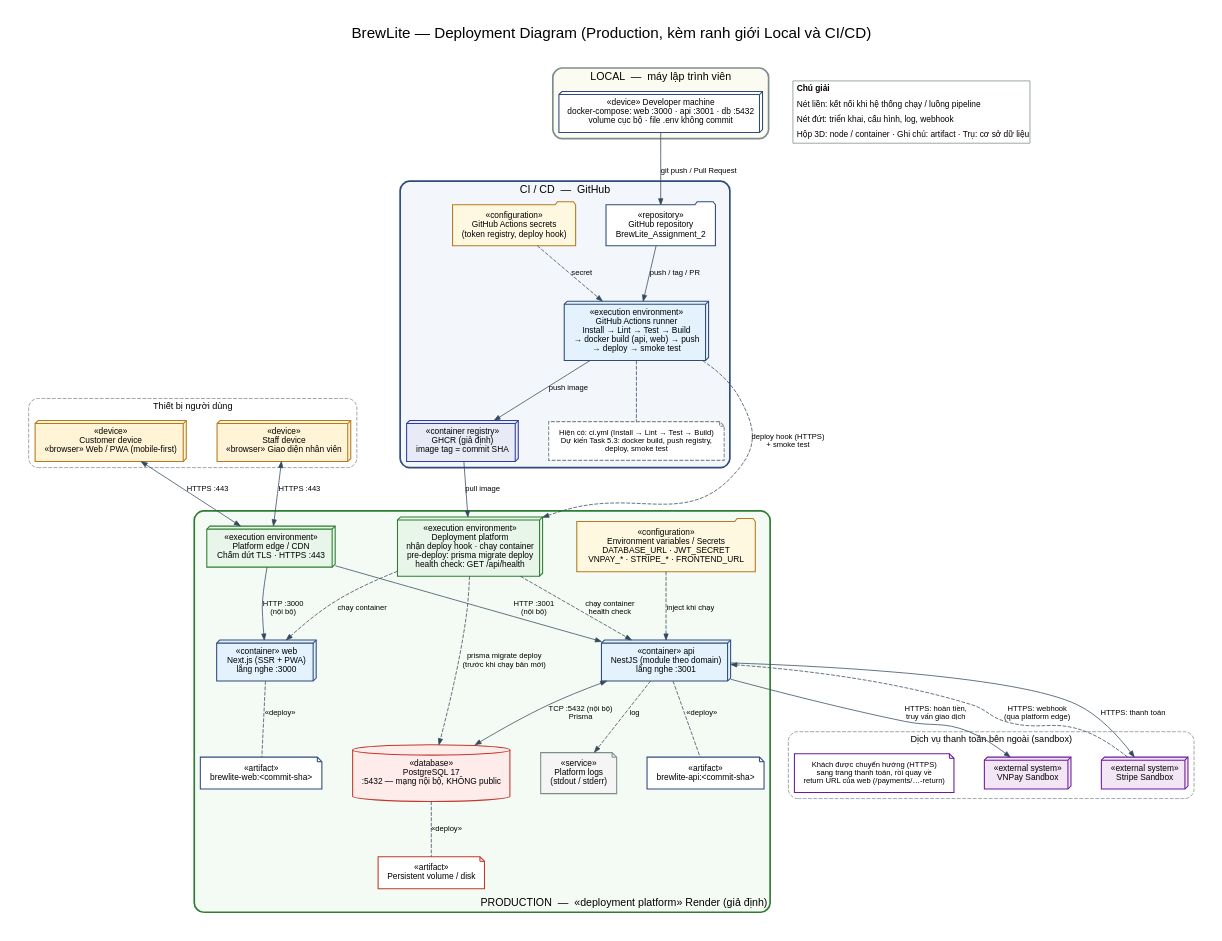
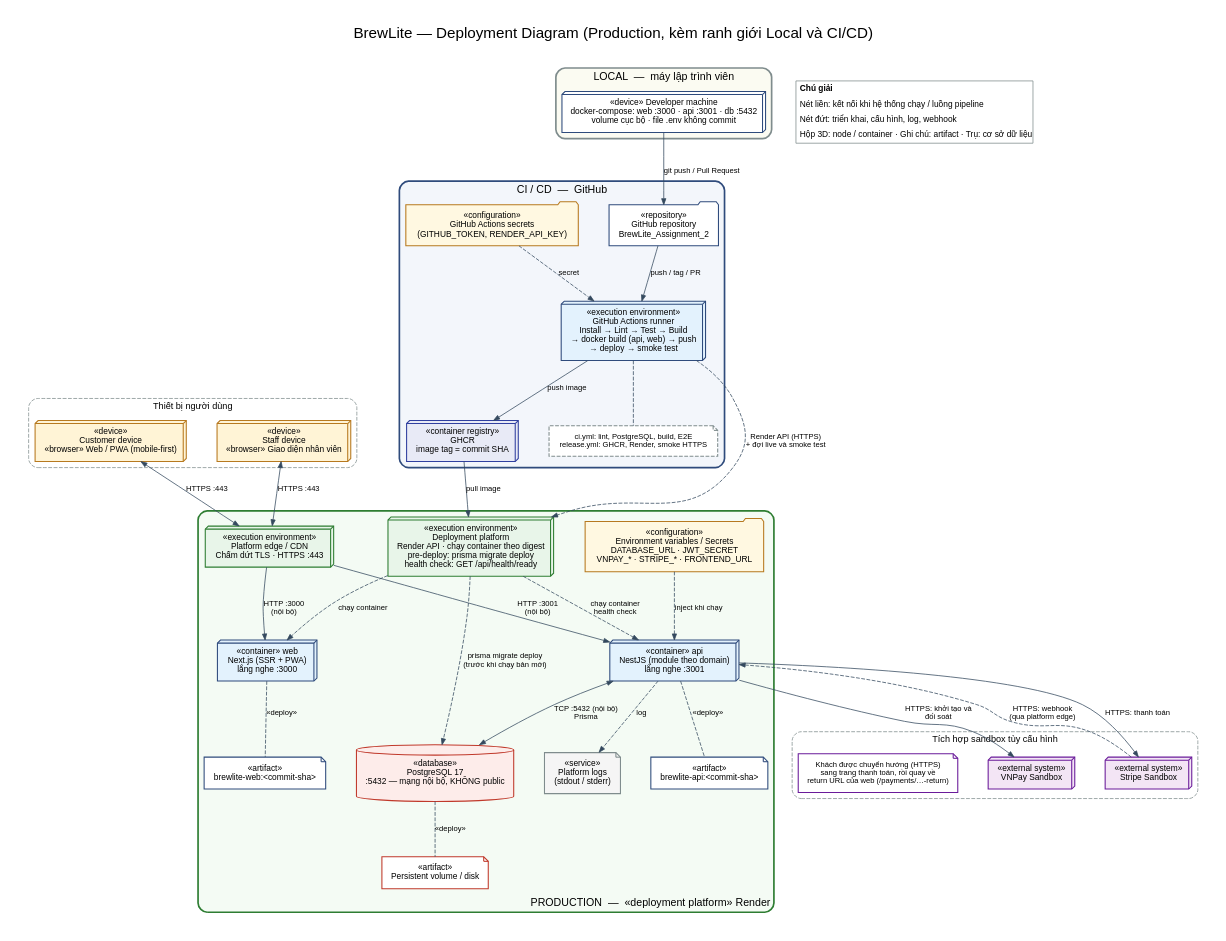
The diagram in docs/architecture/deployment-diagram.dot (nguyen213123/BrewLite_Assignment_2), drawn with Graphviz before and after one commit. The commit also changed 9 other files, not shown here.

Commit message:
docs(task-3): define architecture, ADRs and deployment target

```diff
--- a/docs/architecture/deployment-diagram.dot
+++ b/docs/architecture/deployment-diagram.dot
@@ -1,103 +1,103 @@
 // BrewLite — UML Deployment Diagram (Task 3.2)
 // Tạo lại ảnh:  dot -Tsvg deployment-diagram.dot -o deployment-diagram.svg
 //               dot -Tpng -Gdpi=150 deployment-diagram.dot -o deployment-diagram.png
-// "Render" (nền tảng) và "GHCR" (container registry) là GIẢ ĐỊNH: đổi cho đúng nền tảng nhóm dùng thật.
+// Đích triển khai đã chọn: Render và GHCR. Điền URL/service ID sau khi provision.
 digraph BrewLiteDeployment {
   graph [rankdir=TB, fontname="Arial", fontsize=20, labelloc=t, pad=0.3, nodesep=0.55, ranksep=0.85,
          compound=true, newrank=true, splines=true,
          label="BrewLite — Deployment Diagram (Production, kèm ranh giới Local và CI/CD)\n "];
   node  [fontname="Arial", fontsize=11, shape=box3d, style=filled, fillcolor="#EAF1FB", color="#2F4B7C", penwidth=1.4, margin="0.18,0.12"];
   edge  [fontname="Arial", fontsize=10, color="#34495E", arrowsize=0.8];
 
   // ===== Thiết bị người dùng =====
   subgraph cluster_clients {
     label="Thiết bị người dùng"; style="rounded,dashed"; color="#7F8C8D"; fontname="Arial"; fontsize=12;
     customer [label="«device»\nCustomer device\n«browser» Web / PWA (mobile-first)", fillcolor="#FFF4D6", color="#B7791F"];
     staff    [label="«device»\nStaff device\n«browser» Giao diện nhân viên", fillcolor="#FFF4D6", color="#B7791F"];
   }
 
   // ===== PRODUCTION =====
   subgraph cluster_prod {
-    label="PRODUCTION  —  «deployment platform» Render (giả định)"; labelloc=b; labeljust=r; style="rounded,filled"; fillcolor="#F4FBF4"; color="#2E7D32"; penwidth=2.2; fontname="Arial"; fontsize=14;
+    label="PRODUCTION  —  «deployment platform» Render"; labelloc=b; labeljust=r; style="rounded,filled"; fillcolor="#F4FBF4"; color="#2E7D32"; penwidth=2.2; fontname="Arial"; fontsize=14;
 
     edge_node [label="«execution environment»\nPlatform edge / CDN\nChấm dứt TLS · HTTPS :443", fillcolor="#E8F5E9", color="#2E7D32"];
-    platform  [label="«execution environment»\nDeployment platform\nnhận deploy hook · chạy container\npre-deploy: prisma migrate deploy\nhealth check: GET /api/health", fillcolor="#E8F5E9", color="#2E7D32"];
+    platform  [label="«execution environment»\nDeployment platform\nRender API · chạy container theo digest\npre-deploy: prisma migrate deploy\nhealth check: GET /api/health/ready", fillcolor="#E8F5E9", color="#2E7D32"];
 
     web [label="«container» web\nNext.js (SSR + PWA)\nlắng nghe :3000", fillcolor="#E3F2FD"];
     api [label="«container» api\nNestJS (module theo domain)\nlắng nghe :3001", fillcolor="#E3F2FD"];
     web_art [label="«artifact»\nbrewlite-web:<commit-sha>", shape=note, fillcolor="#FFFFFF"];
     api_art [label="«artifact»\nbrewlite-api:<commit-sha>", shape=note, fillcolor="#FFFFFF"];
 
     db  [label="«database»\nPostgreSQL 17\n:5432 — mạng nội bộ, KHÔNG public", shape=cylinder, fillcolor="#FDECEA", color="#C0392B"];
     vol [label="«artifact»\nPersistent volume / disk", shape=note, fillcolor="#FFFFFF", color="#C0392B"];
 
     envvars [label="«configuration»\nEnvironment variables / Secrets\nDATABASE_URL · JWT_SECRET\nVNPAY_* · STRIPE_* · FRONTEND_URL", shape=folder, fillcolor="#FFF8E1", color="#B7791F"];
     logs    [label="«service»\nPlatform logs\n(stdout / stderr)", shape=note, fillcolor="#F5F5F5", color="#7F8C8D"];
   }
 
   // ===== Dịch vụ ngoài =====
   subgraph cluster_ext {
-    label="Dịch vụ thanh toán bên ngoài (sandbox)"; style="rounded,dashed"; color="#7F8C8D"; fontname="Arial"; fontsize=12;
+    label="Tích hợp sandbox tùy cấu hình"; style="rounded,dashed"; color="#7F8C8D"; fontname="Arial"; fontsize=12;
     vnpay  [label="«external system»\nVNPay Sandbox", fillcolor="#F3E5F5", color="#6A1B9A"];
     stripe [label="«external system»\nStripe Sandbox", fillcolor="#F3E5F5", color="#6A1B9A"];
     note_pay [label="Khách được chuyển hướng (HTTPS)\nsang trang thanh toán, rồi quay về\nreturn URL của web (/payments/…-return)", shape=note, fillcolor="#FFFFFF", color="#6A1B9A", fontsize=10];
   }
 
   // ===== CI/CD =====
   subgraph cluster_ci {
     label="CI / CD  —  GitHub"; style="rounded,filled"; fillcolor="#F3F6FB"; color="#2F4B7C"; penwidth=2.2; fontname="Arial"; fontsize=14;
     repo     [label="«repository»\nGitHub repository\nBrewLite_Assignment_2", shape=folder, fillcolor="#FFFFFF"];
     runner   [label="«execution environment»\nGitHub Actions runner\nInstall → Lint → Test → Build\n→ docker build (api, web) → push\n→ deploy → smoke test", fillcolor="#E3F2FD"];
-    ghsec    [label="«configuration»\nGitHub Actions secrets\n(token registry, deploy hook)", shape=folder, fillcolor="#FFF8E1", color="#B7791F"];
-    registry [label="«container registry»\nGHCR (giả định)\nimage tag = commit SHA", fillcolor="#E8EAF6", color="#303F9F"];
-    ci_note  [label="Hiện có: ci.yml (Install → Lint → Test → Build)\nDự kiến Task 5.3: docker build, push registry,\ndeploy, smoke test", shape=note, style="filled,dashed", fillcolor="#FFFFFF", color="#7F8C8D", fontsize=10];
+    ghsec    [label="«configuration»\nGitHub Actions secrets\n(GITHUB_TOKEN, RENDER_API_KEY)", shape=folder, fillcolor="#FFF8E1", color="#B7791F"];
+    registry [label="«container registry»\nGHCR\nimage tag = commit SHA", fillcolor="#E8EAF6", color="#303F9F"];
+    ci_note  [label="ci.yml: lint, PostgreSQL, build, E2E\nrelease.yml: GHCR, Render, smoke HTTPS", shape=note, style="filled,dashed", fillcolor="#FFFFFF", color="#7F8C8D", fontsize=10];
   }
 
   // ===== LOCAL =====
   subgraph cluster_local {
     label="LOCAL  —  máy lập trình viên"; style="rounded,filled"; fillcolor="#FBFBF2"; color="#7F8C8D"; penwidth=2.2; fontname="Arial"; fontsize=14;
     dev [label="«device» Developer machine\ndocker-compose: web :3000 · api :3001 · db :5432\nvolume cục bộ · file .env không commit", fillcolor="#FFFFFF"];
   }
 
   // ===== Kết nối khi chạy (nét liền) =====
   customer -> edge_node [label="HTTPS :443", dir=both];
   staff    -> edge_node [label="HTTPS :443", dir=both];
   edge_node -> web [label="HTTP :3000\n(nội bộ)"];
   edge_node -> api [label="HTTP :3001\n(nội bộ)"];
   api -> db  [label="TCP :5432 (nội bộ)\nPrisma", dir=both];
-  api -> vnpay  [label="HTTPS: hoàn tiền,\ntruy vấn giao dịch"];
+  api -> vnpay  [label="HTTPS: khởi tạo và\nđối soát"];
   api -> stripe [label="HTTPS: thanh toán"];
   stripe -> api [label="HTTPS: webhook\n(qua platform edge)", style=dashed];
 
   // ===== Triển khai / cấu hình / log (nét đứt) =====
   web -> web_art [style=dashed, arrowhead=none, label="«deploy»"];
   api -> api_art [style=dashed, arrowhead=none, label="«deploy»"];
   db  -> vol     [style=dashed, arrowhead=none, label="«deploy»"];
   envvars -> api [label="inject khi chạy", style=dashed];
   api -> logs    [label="log", style=dashed];
   platform -> api [label="chạy container\nhealth check", style=dashed];
   platform -> web [label="chạy container", style=dashed];
   platform -> db  [label="prisma migrate deploy\n(trước khi chạy bản mới)", style=dashed];
 
   // ===== Pipeline =====
   dev -> repo [label="git push / Pull Request"];
   repo -> runner [label="push / tag / PR"];
   ghsec -> runner [style=dashed, label="secret"];
   runner -> ci_note [style=dashed, arrowhead=none];
   runner -> registry [label="push image"];
   registry -> platform [label="pull image"];
-  runner -> platform [label="deploy hook (HTTPS)\n+ smoke test", style=dashed];
+  runner -> platform [label="Render API (HTTPS)\n+ đợi live và smoke test", style=dashed];
 
   { rank=same; customer; staff; }
   { rank=same; vnpay; stripe; note_pay; }
 
   // ===== Chú giải =====
   legend [shape=plain, style="", label=<
     <TABLE BORDER="1" CELLBORDER="0" CELLSPACING="0" CELLPADDING="4" COLOR="#7F8C8D">
       <TR><TD ALIGN="LEFT"><B>Chú giải</B></TD></TR>
       <TR><TD ALIGN="LEFT">Nét liền: kết nối khi hệ thống chạy / luồng pipeline</TD></TR>
       <TR><TD ALIGN="LEFT">Nét đứt: triển khai, cấu hình, log, webhook</TD></TR>
       <TR><TD ALIGN="LEFT">Hộp 3D: node / container · Ghi chú: artifact · Trụ: cơ sở dữ liệu</TD></TR>
     </TABLE>>];
   { rank=same; dev; legend; }
 }
```
